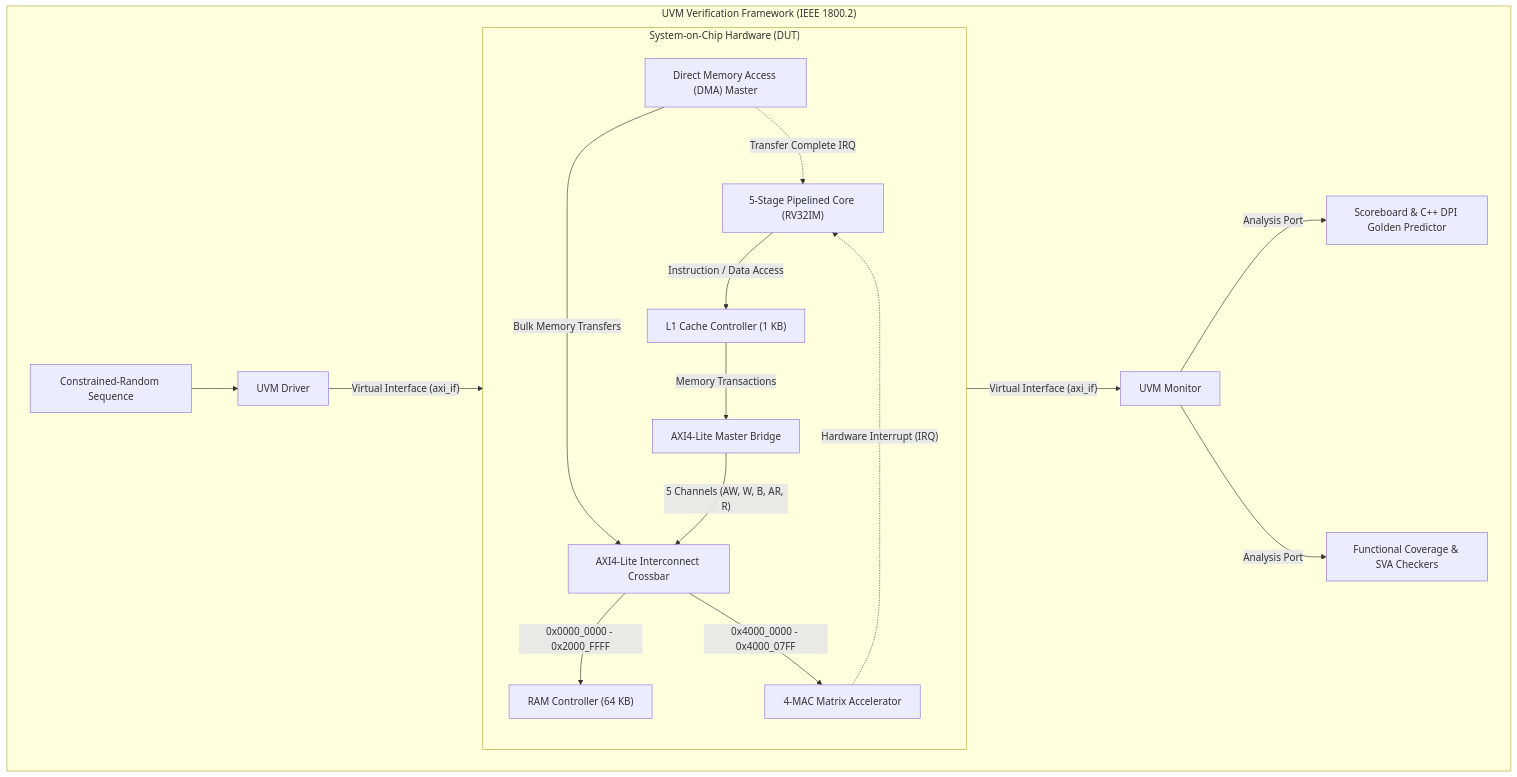
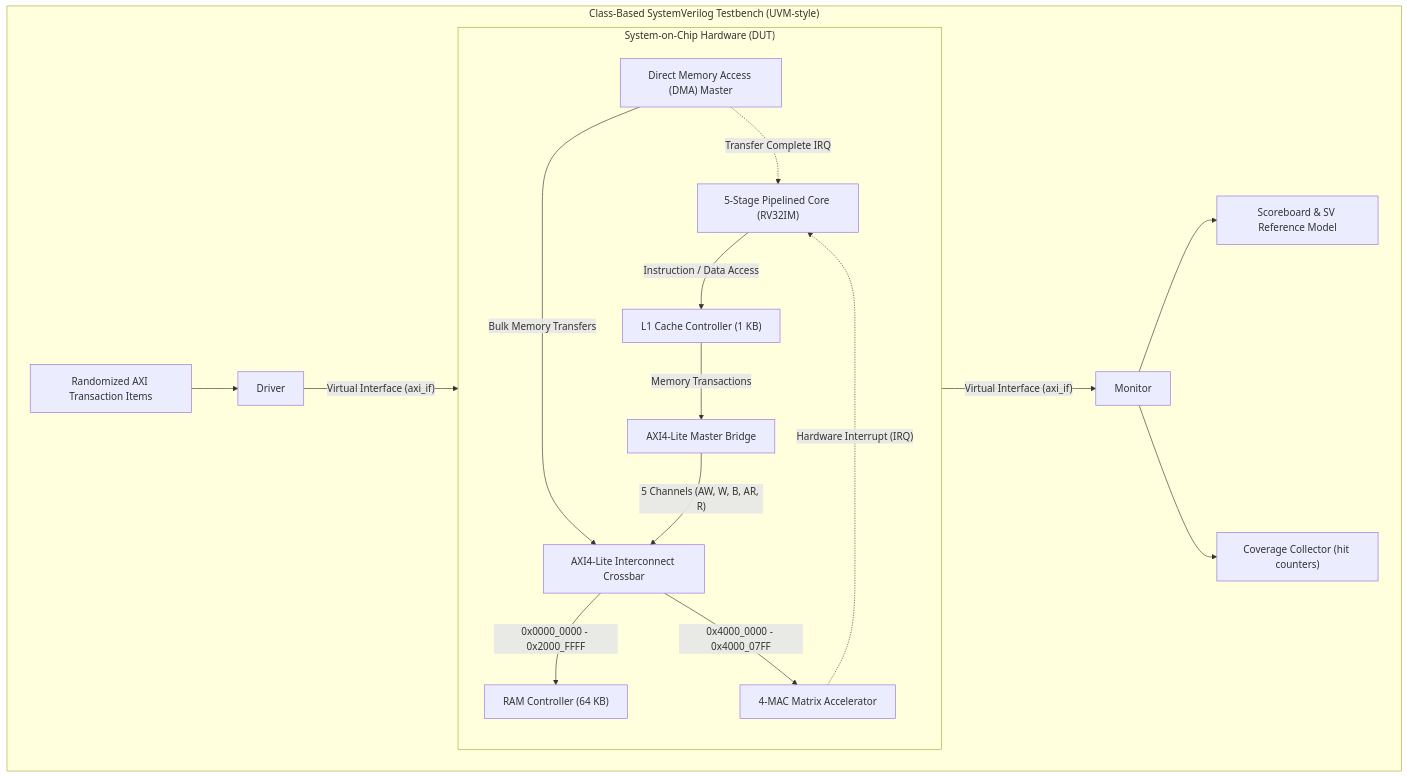
The diagram in README.md (sushrutchhatkuli/rv32i-axi-accelerator-uvm), drawn with Mermaid before and after one commit. The commit also changed other lines of this file and 5 other files, not shown here.

First line of the commit message:
Align README and testbench text with the actual verification code

````diff
--- a/README.md
+++ b/README.md
@@ -57,21 +59,21 @@
 ```mermaid
 flowchart TB
     subgraph DUT["System-on-Chip Hardware (DUT)"]
         CPU["5-Stage Pipelined Core (RV32IM)"] -->|"Instruction / Data Access"| L1["L1 Cache Controller (1 KB)"]
         L1 -->|"Memory Transactions"| AXI_M["AXI4-Lite Master Bridge"]
         DMA["Direct Memory Access (DMA) Master"] -->|"Bulk Memory Transfers"| BUS
         AXI_M -->|"5 Channels (AW, W, B, AR, R)"| BUS["AXI4-Lite Interconnect Crossbar"]
         BUS -->|"0x0000_0000 - 0x2000_FFFF"| RAM["RAM Controller (64 KB)"]
         BUS -->|"0x4000_0000 - 0x4000_07FF"| ACC["4-MAC Matrix Accelerator"]
         ACC -.->|"Hardware Interrupt (IRQ)"| CPU
         DMA -.->|"Transfer Complete IRQ"| CPU
     end
 
-    subgraph UVM["UVM Verification Framework (IEEE 1800.2)"]
-        SEQ["Constrained-Random Sequence"] --> DRV["UVM Driver"]
+    subgraph TBENV["Class-Based SystemVerilog Testbench (UVM-style)"]
+        SEQ["Randomized AXI Transaction Items"] --> DRV["Driver"]
         DRV -->|"Virtual Interface (axi_if)"| DUT
-        DUT -->|"Virtual Interface (axi_if)"| MON["UVM Monitor"]
-        MON -->|"Analysis Port"| SCB["Scoreboard & C++ DPI Golden Predictor"]
-        MON -->|"Analysis Port"| COV["Functional Coverage & SVA Checkers"]
+        DUT -->|"Virtual Interface (axi_if)"| MON["Monitor"]
+        MON --> SCB["Scoreboard & SV Reference Model"]
+        MON --> COV["Coverage Collector (hit counters)"]
     end
 ```
````
